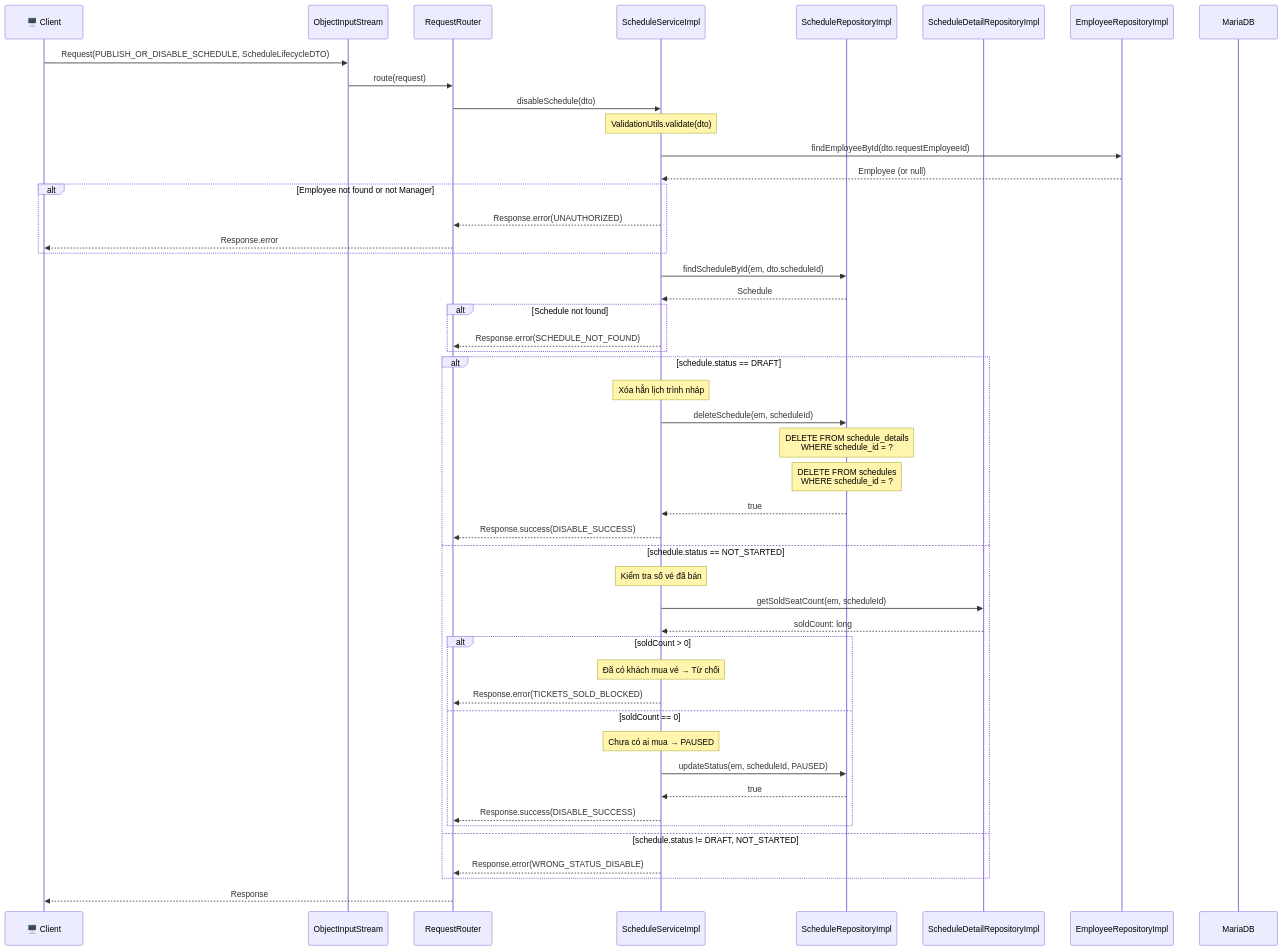
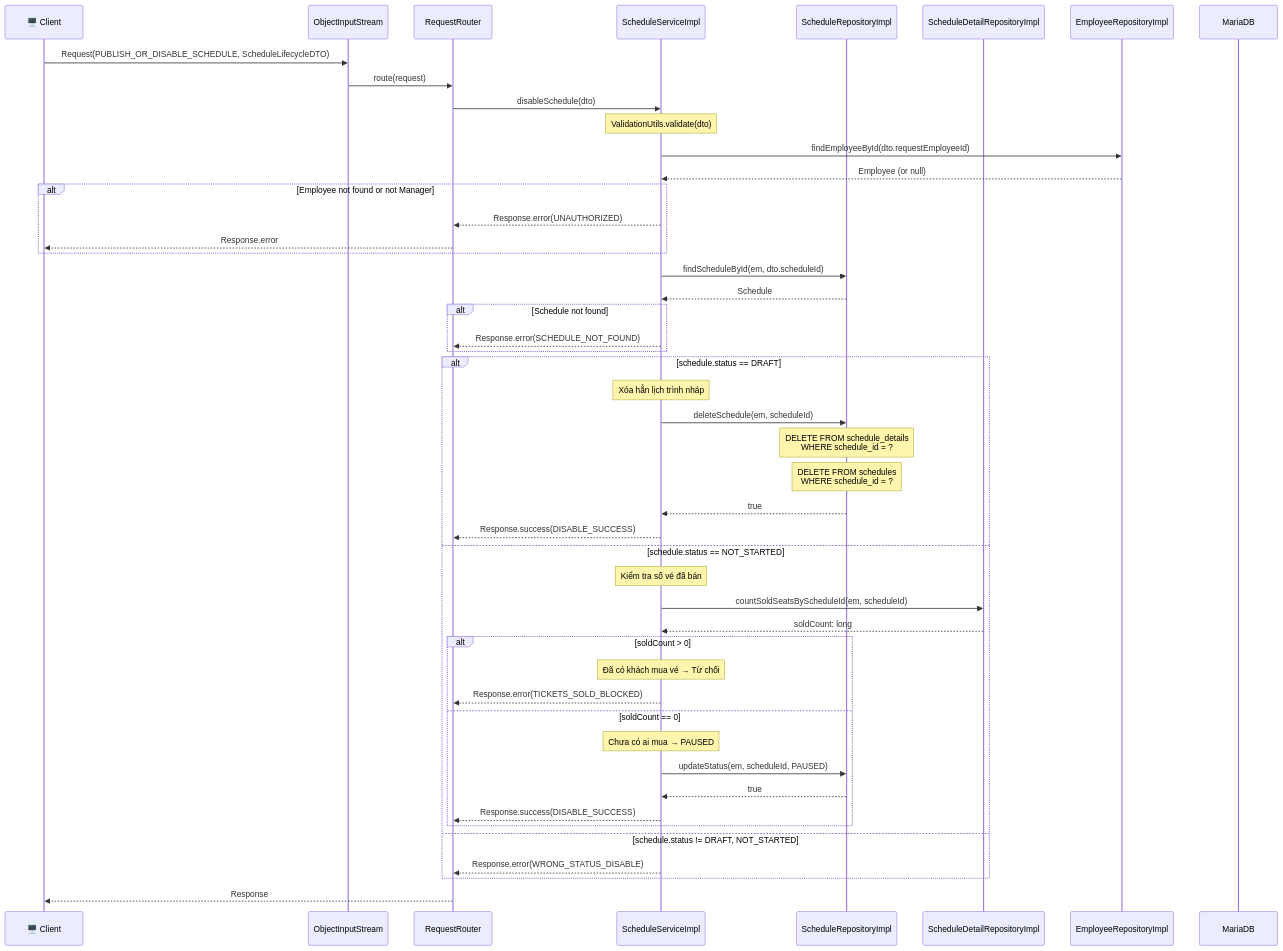
Before and after one commit to Distributed-Programing-Project/railway-reservation-system-server: the second of 4 diagrams in docs/diagrams/sequence/uc008-vo-hieu-hoa-va-phat-trien-lich-trinh.md, drawn with Mermaid. The commit also changed other lines of this file, not shown here.

First line of the commit message:
fix(diagram): fix mermaid syntax error and method name mismatch in uc008

````diff
--- a/docs/diagrams/sequence/uc008-vo-hieu-hoa-va-phat-trien-lich-trinh.md
+++ b/docs/diagrams/sequence/uc008-vo-hieu-hoa-va-phat-trien-lich-trinh.md
@@ -68,58 +68,58 @@
 ```mermaid
 sequenceDiagram
     participant Client as 🖥️ Client
     participant OIS as ObjectInputStream
     participant RR as RequestRouter
     participant SS as ScheduleServiceImpl
     participant SR as ScheduleRepositoryImpl
     participant SDR as ScheduleDetailRepositoryImpl
     participant ER as EmployeeRepositoryImpl
     participant DB as MariaDB
 
     Client->>OIS: Request(PUBLISH_OR_DISABLE_SCHEDULE, ScheduleLifecycleDTO)
     OIS->>RR: route(request)
     RR->>SS: disableSchedule(dto)
 
     Note over SS: ValidationUtils.validate(dto)
     SS->>ER: findEmployeeById(dto.requestEmployeeId)
     ER-->>SS: Employee (or null)
 
     alt Employee not found or not Manager
         SS-->>RR: Response.error(UNAUTHORIZED)
         RR-->>Client: Response.error
     end
 
     SS->>SR: findScheduleById(em, dto.scheduleId)
     SR-->>SS: Schedule
 
     alt Schedule not found
         SS-->>RR: Response.error(SCHEDULE_NOT_FOUND)
     end
 
     alt schedule.status == DRAFT
         Note over SS: Xóa hẳn lịch trình nháp
         SS->>SR: deleteSchedule(em, scheduleId)
         Note over SR: DELETE FROM schedule_details<br/>WHERE schedule_id = ?
         Note over SR: DELETE FROM schedules<br/>WHERE schedule_id = ?
         SR-->>SS: true
         SS-->>RR: Response.success(DISABLE_SUCCESS)
     else schedule.status == NOT_STARTED
         Note over SS: Kiểm tra số vé đã bán
-        SS->>SDR: getSoldSeatCount(em, scheduleId)
+        SS->>SDR: countSoldSeatsByScheduleId(em, scheduleId)
         SDR-->>SS: soldCount: long
 
         alt soldCount > 0
             Note over SS: Đã có khách mua vé → Từ chối
             SS-->>RR: Response.error(TICKETS_SOLD_BLOCKED)
         else soldCount == 0
             Note over SS: Chưa có ai mua → PAUSED
             SS->>SR: updateStatus(em, scheduleId, PAUSED)
             SR-->>SS: true
             SS-->>RR: Response.success(DISABLE_SUCCESS)
         end
     else schedule.status != DRAFT, NOT_STARTED
         SS-->>RR: Response.error(WRONG_STATUS_DISABLE)
     end
 
     RR-->>Client: Response
 ```
````
